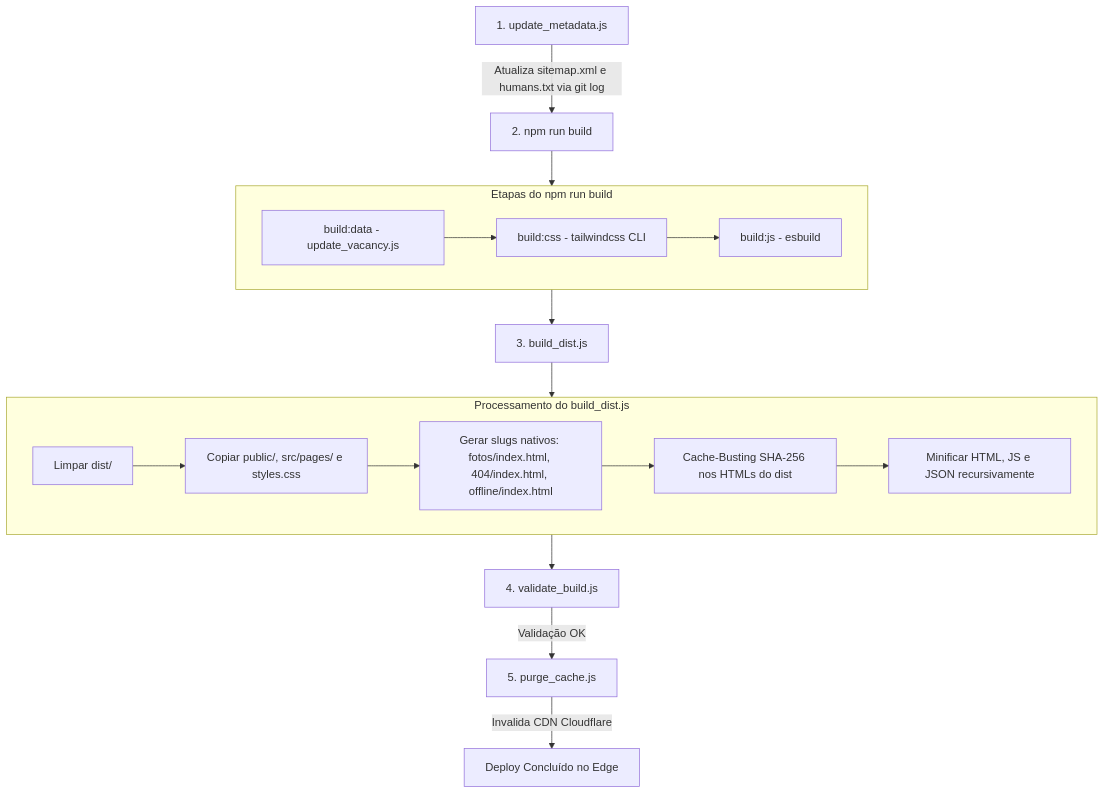
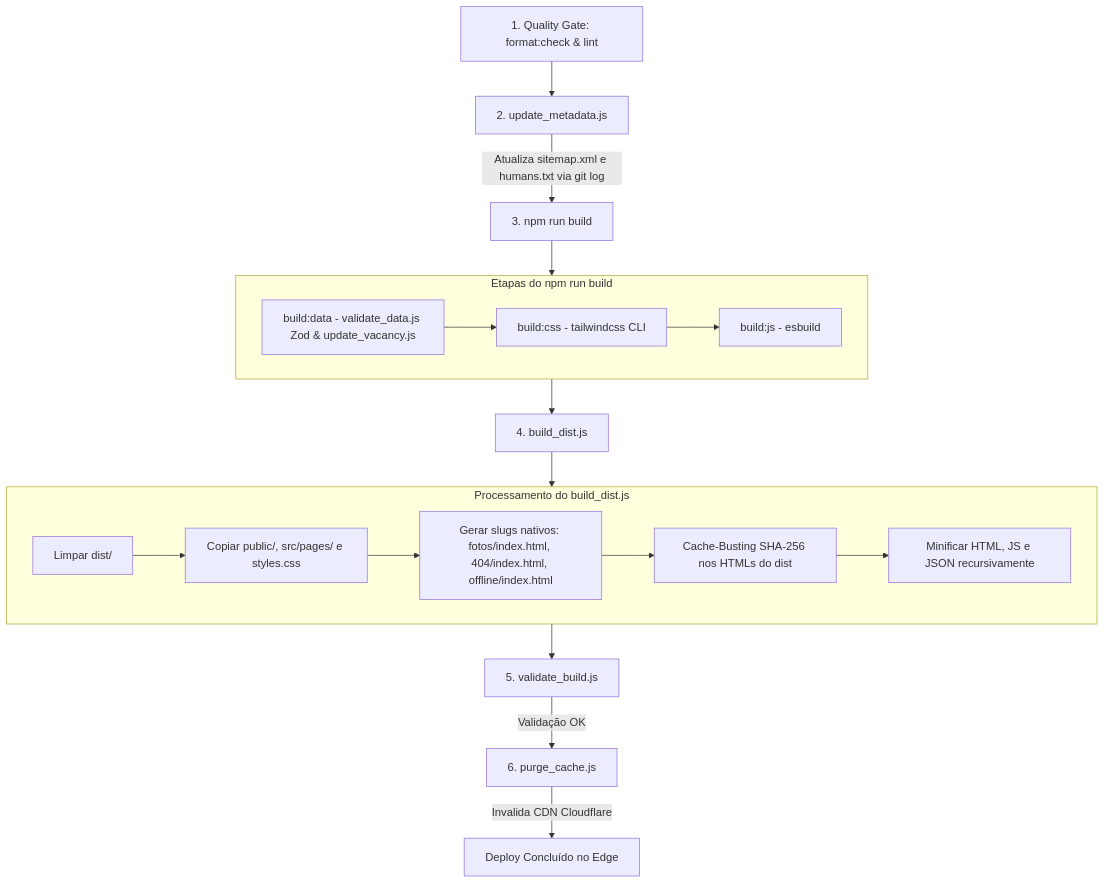
Before and after one commit to victor-silverio/repsantograu: the diagram in docs/Dev_Guide.md, drawn with Mermaid. The commit also changed other lines of this file and 41 other files, not shown here.

Commit message:
feat: modernização de segurança, IA/LLMs, AVIF, acessibilidade, schema.org, early hints e lighthouse ci

````diff
--- a/docs/Dev_Guide.md
+++ b/docs/Dev_Guide.md
@@ -100,28 +100,29 @@
 ```mermaid
 flowchart TD
-    A[1. update_metadata.js] -->|Atualiza sitemap.xml e humans.txt via git log| B[2. npm run build]
+    Q[1. Quality Gate: format:check & lint] --> A[2. update_metadata.js]
+    A -->|Atualiza sitemap.xml e humans.txt via git log| B[3. npm run build]
 
     subgraph buildStep[Etapas do npm run build]
-        B1[build:data - update_vacancy.js]
+        B1[build:data - validate_data.js Zod & update_vacancy.js]
         B2[build:css - tailwindcss CLI]
         B3[build:js - esbuild]
         B1 --> B2 --> B3
     end
 
     B --> buildStep
-    buildStep --> C[3. build_dist.js]
+    buildStep --> C[4. build_dist.js]
 
     subgraph distStep[Processamento do build_dist.js]
         C1[Limpar dist/]
         C2[Copiar public/, src/pages/ e styles.css]
         C3[Gerar slugs nativos: fotos/index.html, 404/index.html, offline/index.html]
         C4[Cache-Busting SHA-256 nos HTMLs do dist]
         C5[Minificar HTML, JS e JSON recursivamente]
         C1 --> C2 --> C3 --> C4 --> C5
     end
 
     C --> distStep
-    distStep --> D[4. validate_build.js]
-    D -->|Validação OK| E[5. purge_cache.js]
+    distStep --> D[5. validate_build.js]
+    D -->|Validação OK| E[6. purge_cache.js]
     E -->|Invalida CDN Cloudflare| F[Deploy Concluído no Edge]
 ```
````
